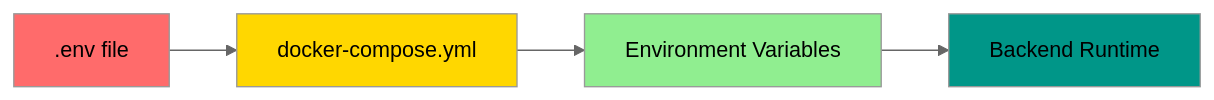
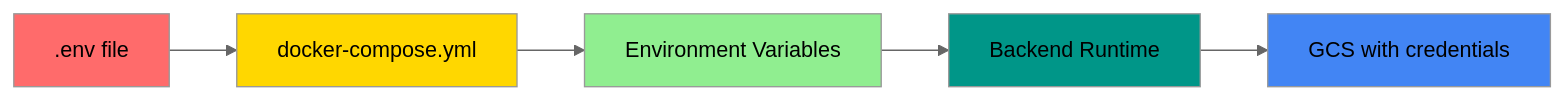
One commit to JonathanNdambaPro/Lead-Analytics-Dashboard changed the fifth of 5 diagrams in docs/architecture.md. Above: the diagram before and after it, drawn with Mermaid (neutral theme). The commit also changed other lines of this file and 4 other files, not shown here.

````diff
--- a/docs/architecture.md
+++ b/docs/architecture.md
@@ -272,11 +277,13 @@
 ```mermaid
 graph LR
     A[.env file] --> B[docker-compose.yml]
     B --> C[Environment Variables]
     C --> D[Backend Runtime]
+    D --> E[GCS with credentials]
 
     style A fill:#ff6b6b
     style B fill:#ffd700
     style C fill:#90ee90
     style D fill:#009688
+    style E fill:#4285f4
 ```
````
